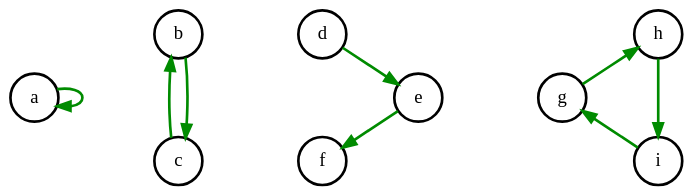
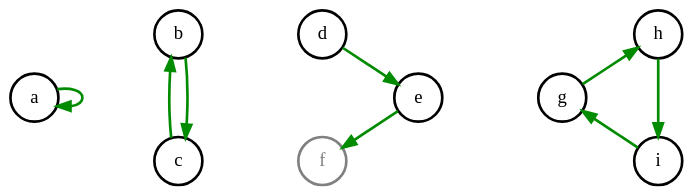
One commit to poponealex/suprenam changed the diagram in img/cycles_ok.gv. Above: the diagram before and after it, drawn with Graphviz. The commit also changed 1 other file, not shown here.

```diff
--- a/img/cycles_ok.gv
+++ b/img/cycles_ok.gv
@@ -1,35 +1,35 @@
 # Sketchy drawing from https://sketchviz.com/new
 
 digraph G {
     graph [
         fontname = "Handlee";
         layout = "neato";
     ];
     node [
         fontname = "Handlee"
         shape=circle
         penwidth=2
     ];
     edge [
         penwidth=2
         color = "green4"
     ]
 
     bgcolor=transparent;
 
     a [pos="0,0!"];
     b [pos="1.5,0.66!"]
     c [pos="1.5,-0.66!"]
     d [pos="3,0.66!"];
     e [pos="4,0!"];
-    f [pos="3,-0.66!"];
+    f [pos="3,-0.66!" color=gray fontcolor=gray];
     g [pos="5.5,0!"]
     h [pos="6.5,0.66!"]
     i [pos="6.5,-0.66!"]
 
     a -> a
     b -> c -> b
     d -> e -> f
     g -> h -> i -> g
     
 }
```
